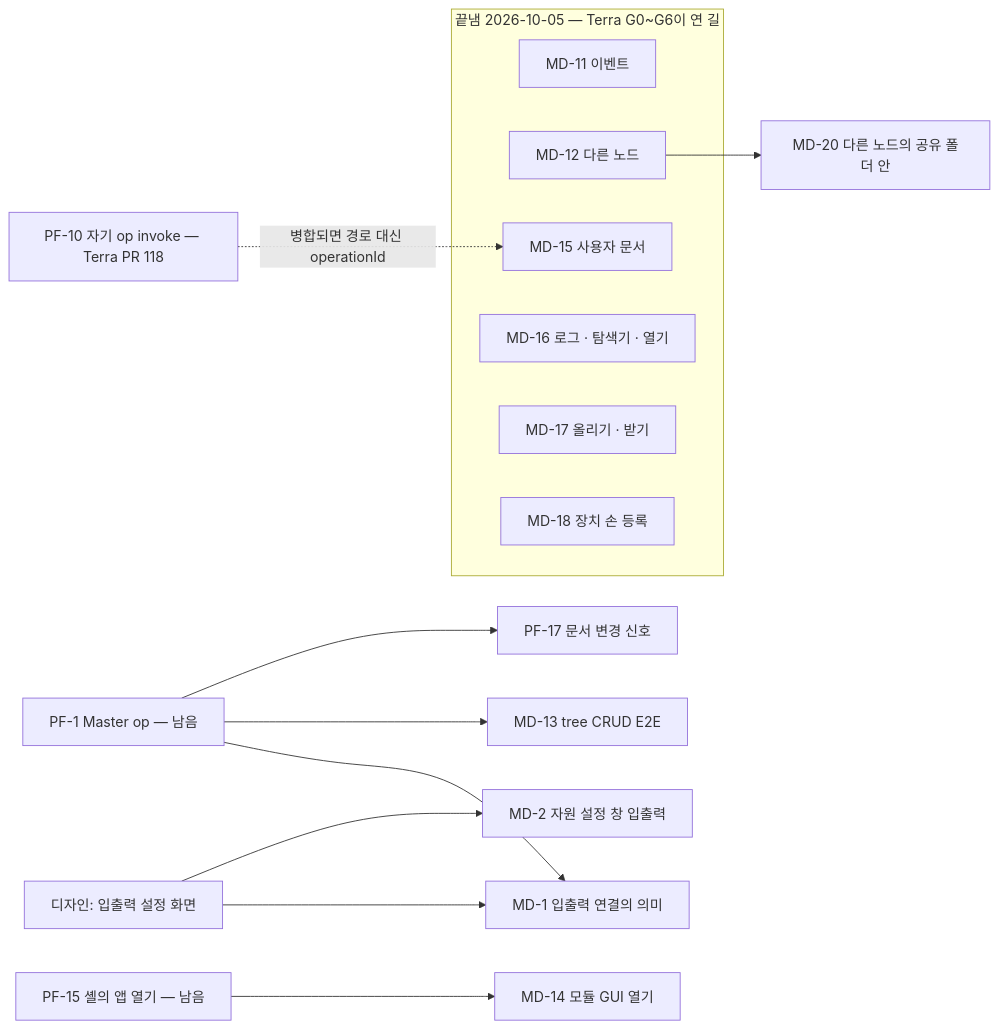
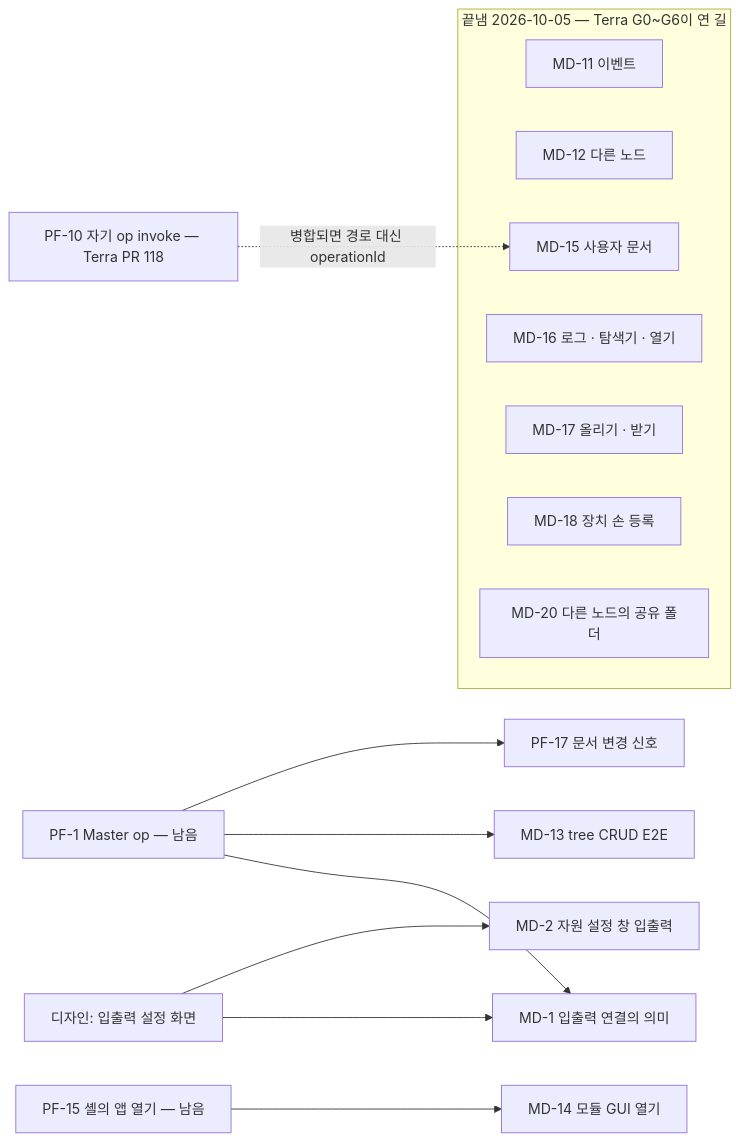
Before and after one commit to StellaxiaLab/modules: the diagram in common/lab.stellaxia.node-gui/web/docs/guides/implementation-backlog.md, drawn with Mermaid. The commit also changed other lines of this file and 9 other files, not shown here.

````diff
--- a/common/lab.stellaxia.node-gui/web/docs/guides/implementation-backlog.md
+++ b/common/lab.stellaxia.node-gui/web/docs/guides/implementation-backlog.md
@@ -49,19 +49,19 @@
 ```mermaid
 flowchart LR
   subgraph DONE["끝냄 2026-10-05 — Terra G0~G6이 연 길"]
     MD11["MD-11 이벤트"]
     MD12["MD-12 다른 노드"]
     MD15["MD-15 사용자 문서"]
     MD16["MD-16 로그 · 탐색기 · 열기"]
     MD17["MD-17 올리기 · 받기"]
     MD18["MD-18 장치 손 등록"]
+    MD20["MD-20 다른 노드의 공유 폴더"]
   end
   PF10["PF-10 자기 op invoke — Terra PR 118"] -.->|"병합되면 경로 대신 operationId"| MD15
-  MD12 --> MD20["MD-20 다른 노드의 공유 폴더 안"]
   PF1["PF-1 Master op — 남음"] --> MD1["MD-1 입출력 연결의 의미"]
   PF1 --> MD13["MD-13 tree CRUD E2E"]
   PF1 --> PF17["PF-17 문서 변경 신호"]
   PF15["PF-15 셸의 앱 열기 — 남음"] --> MD14["MD-14 모듈 GUI 열기"]
   DES["디자인: 입출력 설정 화면"] --> MD1
   DES --> MD2["MD-2 자원 설정 창 입출력"]
 ```
````
